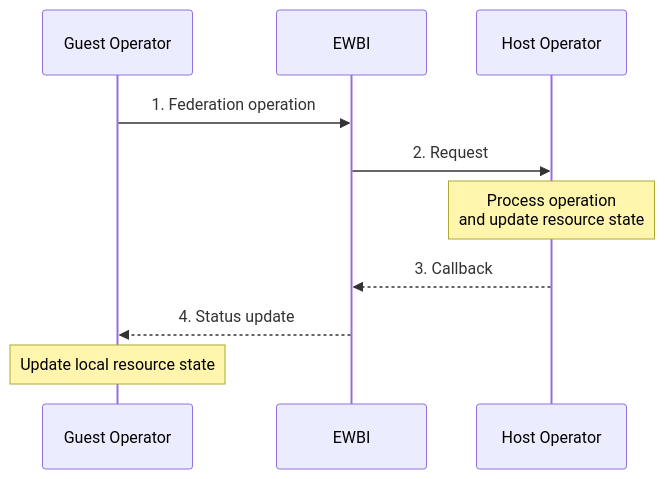
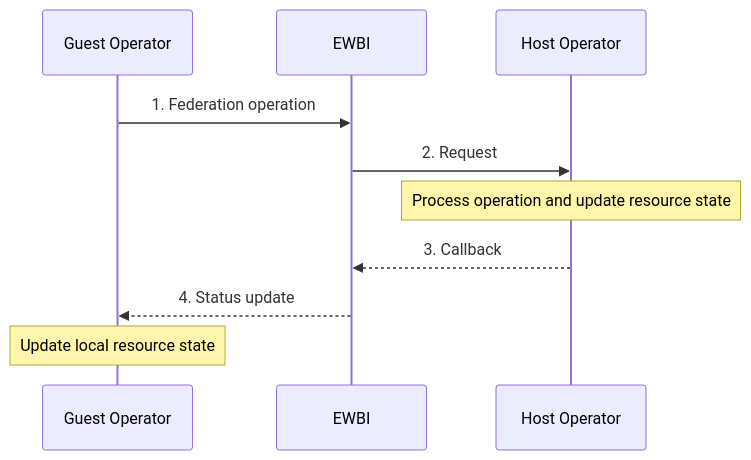
One commit to neonephos-katalis/opg-ewbi-documentation changed diagram 13 of 14 in docs/federation.md. Above: the diagram before and after it, drawn with Mermaid. The commit also changed other lines of this file and 6 other files, not shown here.

````diff
--- a/docs/federation.md
+++ b/docs/federation.md
@@ -363,16 +451,16 @@
 ```mermaid
 sequenceDiagram
     participant G as Guest Operator
     participant E as EWBI
     participant H as Host Operator
 
     G->>E: 1. Federation operation
     E->>H: 2. Request
 
-    Note over H: Process operation<br/>and update resource state
+    Note over H: Process operation and update resource state
 
     H-->>E: 3. Callback
     E-->>G: 4. Status update
 
     Note over G: Update local resource state
 ```
````
